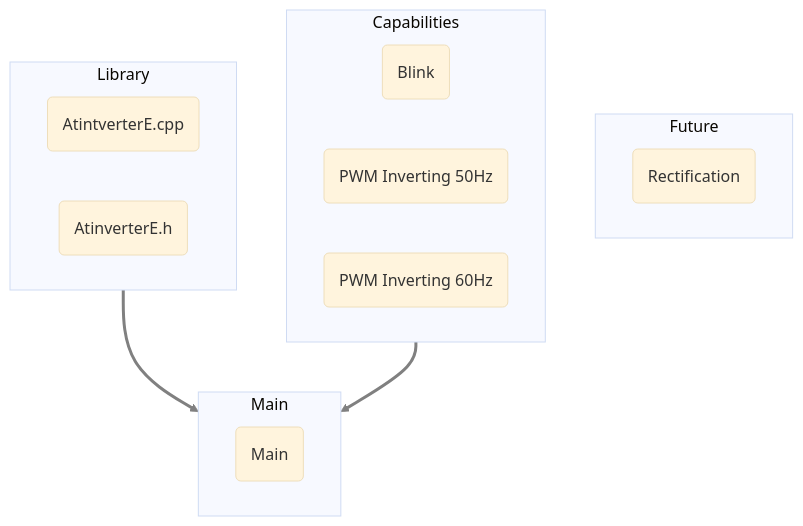
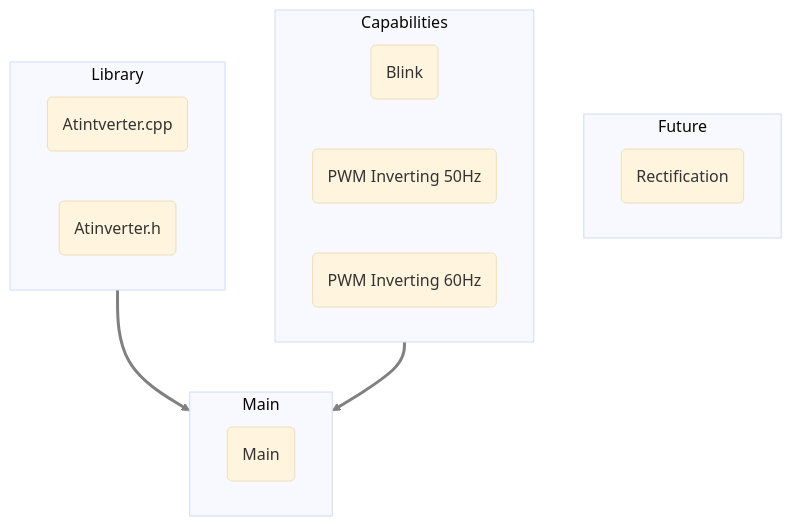
One commit to bcarrillo1051/Atinverter changed the diagram in docs/software/software.md. Above: the diagram before and after it, drawn with Mermaid. The commit also changed other lines of this file and 45 other files, not shown here.

````diff
--- a/docs/software/software.md
+++ b/docs/software/software.md
@@ -21,42 +14,42 @@
 ```mermaid
    
    %%{init: {'theme':'base'}}%%
    flowchart TB
 
     subgraph Future
        G(Rectification)
         
     end
 
     subgraph Capabilities
        D(Blink)
        E(PWM Inverting 50Hz)
        F(PWM Inverting 60Hz)
 
     end
 
     subgraph Main
         C(Main)
     end
 
     subgraph Library
-       A(AtintverterE.cpp) 
-       B(AtinverterE.h)
+       A(Atintverter.cpp) 
+       B(Atinverter.h)
     end
 
 
     Library-->Main
     Capabilities-->Main
 
     %% Change color of arrow heads
     %%{init: {'themeVariables': {'lineColor': 'grey'}}}%%
 
     %% Apply color to the arrows
     %% 0: 1st arrow (Library --> Main) 1: 2nd arrow (Capabilities --> Main)
     linkStyle 0 stroke:grey, stroke-width:3px;
     linkStyle 1 stroke:grey, stroke-width:3px;
 
     %% Adding clickable links
     click E "PWM_inverting" "PWM Inverting"
     click F "PWM_inverting" "PWM Inverting"
 ```
````
